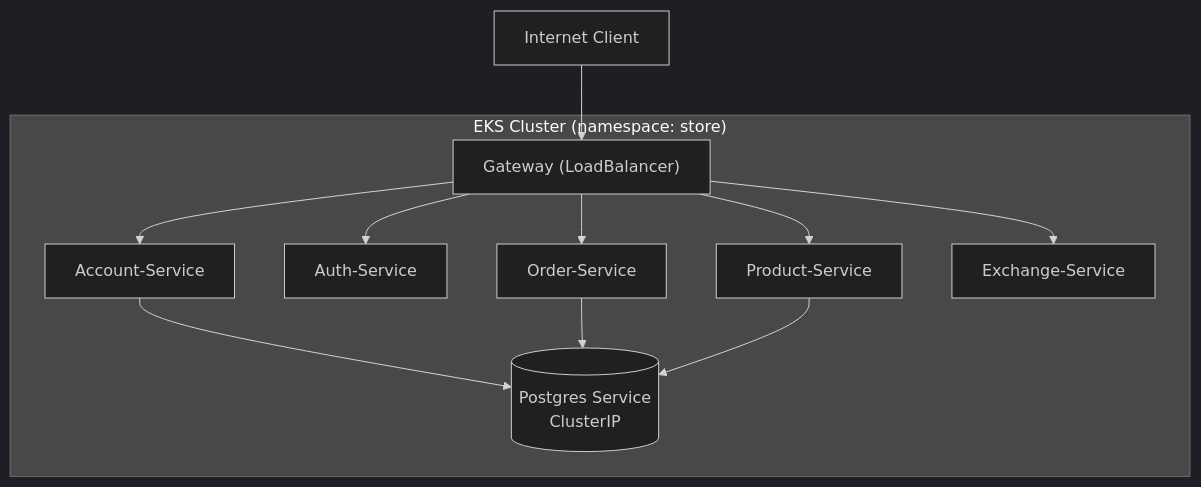
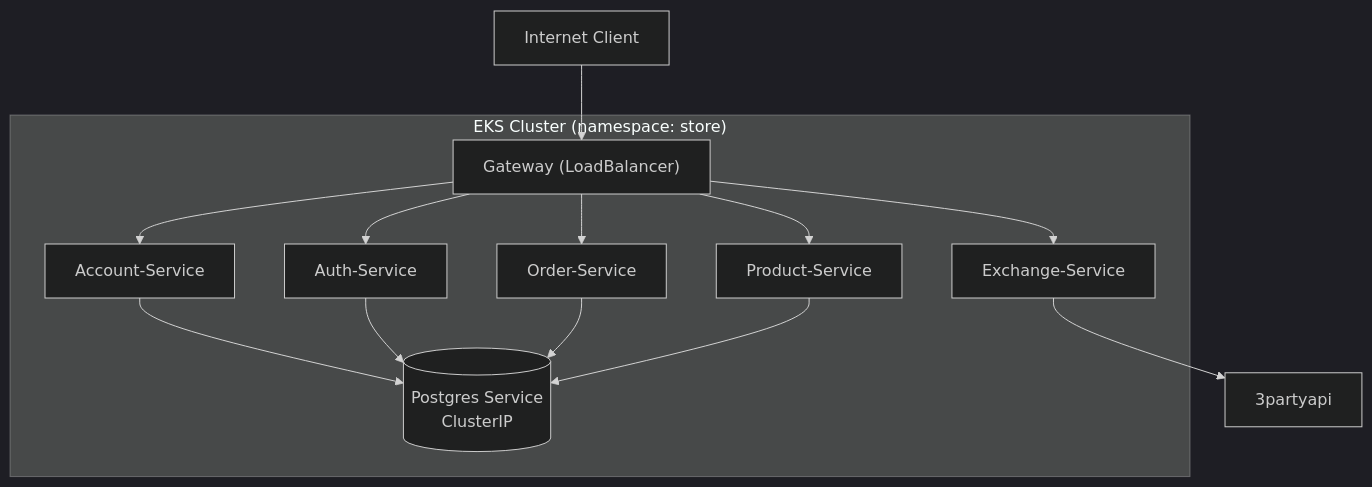
The diagram in docs/kubernets/main.md (Joao-Pedro-Queiroz/pma_apis_docs), drawn with Mermaid (dark theme) before and after one commit.

Commit message:
melhorando documentação Kubernets

````diff
--- a/docs/kubernets/main.md
+++ b/docs/kubernets/main.md
@@ -30,24 +30,27 @@
 ```mermaid
 flowchart TB
     subgraph AWS_EKS["EKS Cluster (namespace: store)"]
         DB[(Postgres Service\nClusterIP)]
         GW["Gateway (LoadBalancer)"]
         ACC["Account-Service"]
         AUTH["Auth-Service"]
         ORD["Order-Service"]
         PROD["Product-Service"]
         EXC["Exchange-Service"]
 
         GW --> AUTH
         GW --> ACC
         GW --> ORD
         GW --> PROD
         GW --> EXC
         ACC --> DB
+        AUTH --> DB
         ORD --> DB
         PROD --> DB
     end
 
     EXT[Internet Client]
+    3PP[3partyapi]
     EXT --> GW
+    EXC --> 3PP
 ```
````
